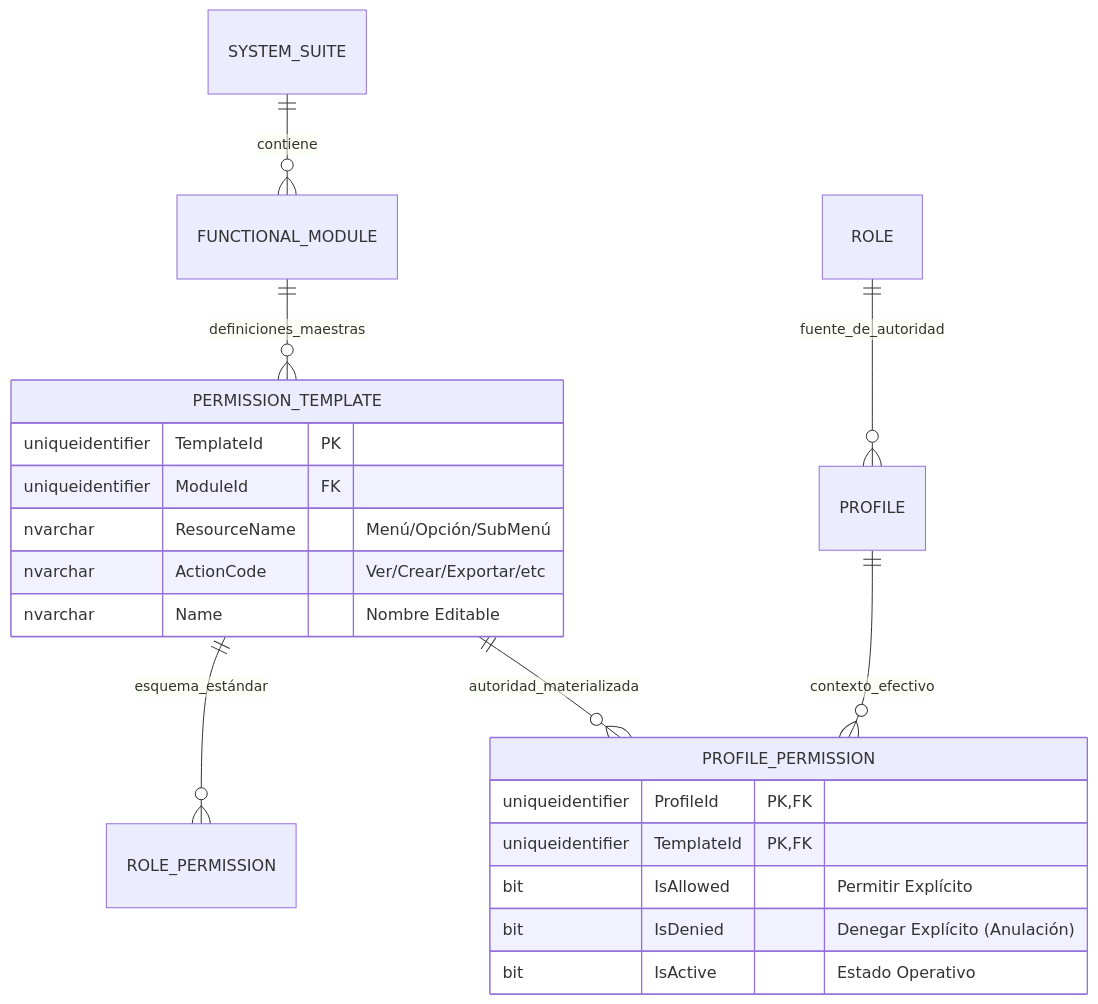
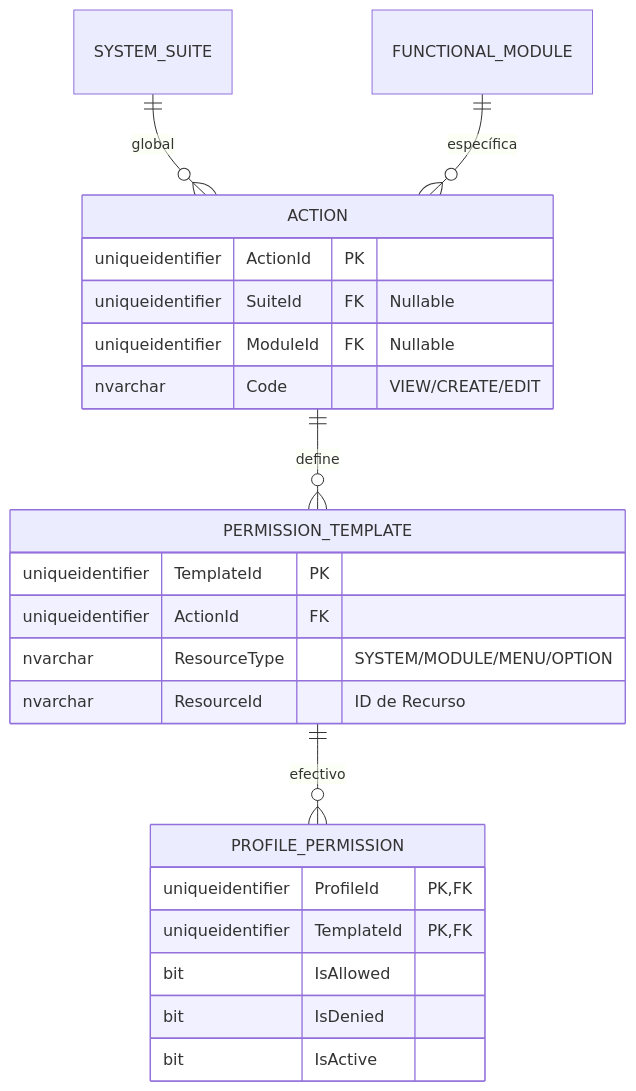
Before and after one commit to beyondnetcode/ums: the second of 3 diagrams in architecture/blueprints-es/database-design-er.md, drawn with Mermaid. The commit also changed other lines of this file and 4 other files, not shown here.

````diff
--- a/architecture/blueprints-es/database-design-er.md
+++ b/architecture/blueprints-es/database-design-er.md
@@ -64,27 +49,30 @@
 ```mermaid
 erDiagram
-    SYSTEM_SUITE ||--o{ FUNCTIONAL_MODULE : "contiene"
-    FUNCTIONAL_MODULE ||--o{ PERMISSION_TEMPLATE : "definiciones_maestras"
+    SYSTEM_SUITE ||--o{ ACTION : "global"
+    FUNCTIONAL_MODULE ||--o{ ACTION : "específica"
     
-    PERMISSION_TEMPLATE ||--o{ ROLE_PERMISSION : "esquema_estándar"
-    PERMISSION_TEMPLATE ||--o{ PROFILE_PERMISSION : "autoridad_materializada"
+    ACTION ||--o{ PERMISSION_TEMPLATE : "define"
+    PERMISSION_TEMPLATE ||--o{ PROFILE_PERMISSION : "efectivo"
     
-    PROFILE ||--o{ PROFILE_PERMISSION : "contexto_efectivo"
-    ROLE ||--o{ PROFILE : "fuente_de_autoridad"
+    ACTION {
+        uniqueidentifier ActionId PK
+        uniqueidentifier SuiteId FK "Nullable"
+        uniqueidentifier ModuleId FK "Nullable"
+        nvarchar Code "VIEW/CREATE/EDIT"
+    }
     
     PERMISSION_TEMPLATE {
         uniqueidentifier TemplateId PK
-        uniqueidentifier ModuleId FK
-        nvarchar ResourceName "Menú/Opción/SubMenú"
-        nvarchar ActionCode "Ver/Crear/Exportar/etc"
-        nvarchar Name "Nombre Editable"
+        uniqueidentifier ActionId FK
+        nvarchar ResourceType "SYSTEM/MODULE/MENU/OPTION"
+        nvarchar ResourceId "ID de Recurso"
     }
     
     PROFILE_PERMISSION {
         uniqueidentifier ProfileId PK, FK
         uniqueidentifier TemplateId PK, FK
-        bit IsAllowed "Permitir Explícito"
-        bit IsDenied "Denegar Explícito (Anulación)"
-        bit IsActive "Estado Operativo"
+        bit IsAllowed
+        bit IsDenied
+        bit IsActive
     }
 ```
````
